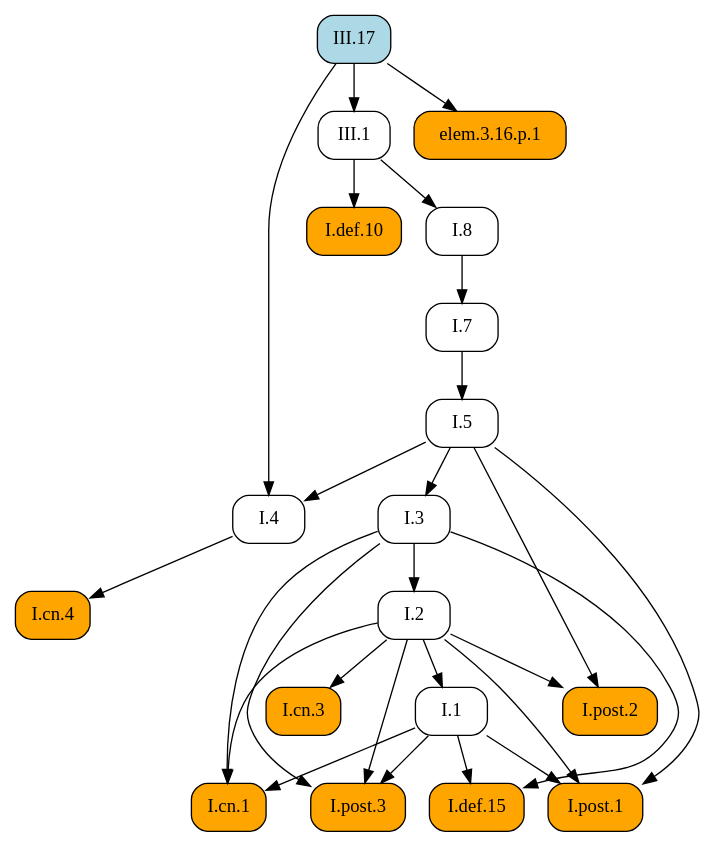
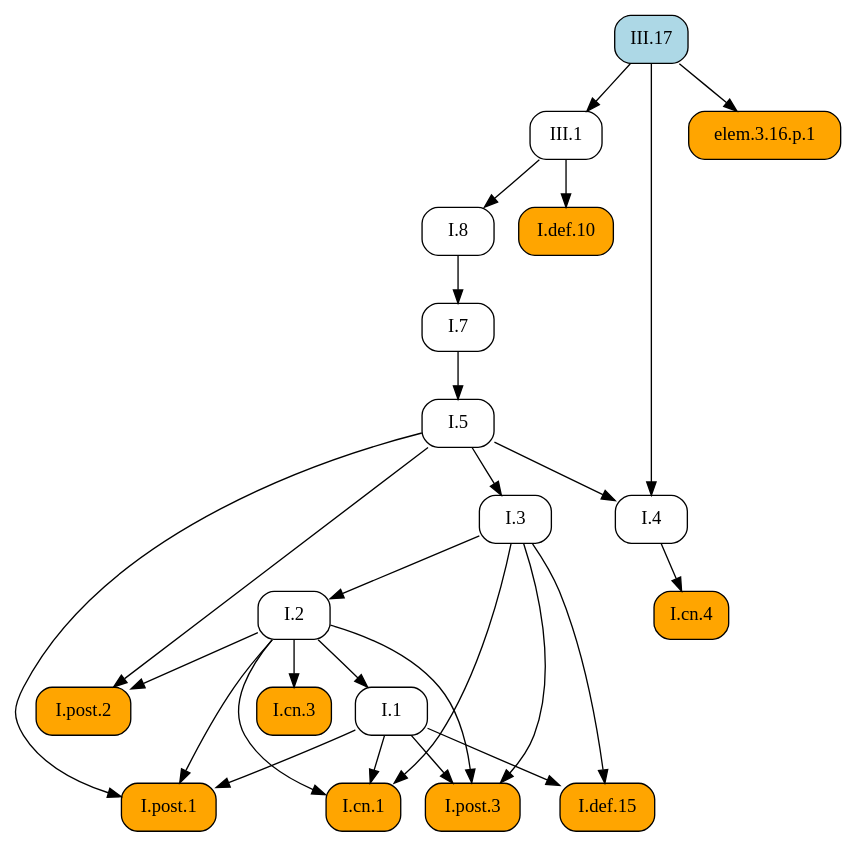
One commit to geometor/elements changed the diagram in docsrc/heath/III/17/index.rst. Above: the diagram before and after it, drawn with Graphviz. The commit also changed other lines of this file and 1029 other files, not shown here.

```diff
--- a/docsrc/heath/III/17/index.rst
+++ b/docsrc/heath/III/17/index.rst
@@ -63,50 +63,50 @@
 .. graphviz::
 
    digraph {
      rankdir="TB";
      node [shape=box, style=rounded];
+     "I.def.10" [style="rounded,filled", fillcolor=orange, URL="/heath/I/def.10/", target="_top"];
+     "I.1" [URL="/heath/I/1/", target="_top"];
+     "I.7" [URL="/heath/I/7/", target="_top"];
+     "I.3" [URL="/heath/I/3/", target="_top"];
+     "I.2" [URL="/heath/I/2/", target="_top"];
+     "I.4" [URL="/heath/I/4/", target="_top"];
+     "I.post.2" [style="rounded,filled", fillcolor=orange, URL="/heath/I/post.2/", target="_top"];
+     "I.def.15" [style="rounded,filled", fillcolor=orange, URL="/heath/I/def.15/", target="_top"];
+     "I.post.3" [style="rounded,filled", fillcolor=orange, URL="/heath/I/post.3/", target="_top"];
+     "I.cn.1" [style="rounded,filled", fillcolor=orange, URL="/heath/I/cn.1/", target="_top"];
      "I.cn.3" [style="rounded,filled", fillcolor=orange, URL="/heath/I/cn.3/", target="_top"];
+     "III.1" [URL="/heath/III/1/", target="_top"];
+     "III.17" [style="rounded,filled", fillcolor=lightblue, URL="/heath/III/17/", target="_top"];
+     "I.8" [URL="/heath/I/8/", target="_top"];
+     "I.cn.4" [style="rounded,filled", fillcolor=orange, URL="/heath/I/cn.4/", target="_top"];
+     "elem.3.16.p.1" [style="rounded,filled", fillcolor=orange];
+     "I.post.1" [style="rounded,filled", fillcolor=orange, URL="/heath/I/post.1/", target="_top"];
      "I.5" [URL="/heath/I/5/", target="_top"];
-     "I.7" [URL="/heath/I/7/", target="_top"];
-     "I.4" [URL="/heath/I/4/", target="_top"];
-     "I.3" [URL="/heath/I/3/", target="_top"];
-     "I.8" [URL="/heath/I/8/", target="_top"];
-     "I.def.10" [style="rounded,filled", fillcolor=orange, URL="/heath/I/def.10/", target="_top"];
-     "III.1" [URL="/heath/III/1/", target="_top"];
-     "I.post.2" [style="rounded,filled", fillcolor=orange, URL="/heath/I/post.2/", target="_top"];
-     "I.2" [URL="/heath/I/2/", target="_top"];
-     "I.def.15" [style="rounded,filled", fillcolor=orange, URL="/heath/I/def.15/", target="_top"];
-     "I.1" [URL="/heath/I/1/", target="_top"];
-     "I.post.3" [style="rounded,filled", fillcolor=orange, URL="/heath/I/post.3/", target="_top"];
-     "I.post.1" [style="rounded,filled", fillcolor=orange, URL="/heath/I/post.1/", target="_top"];
-     "III.17" [style="rounded,filled", fillcolor=lightblue, URL="/heath/III/17/", target="_top"];
-     "I.cn.4" [style="rounded,filled", fillcolor=orange, URL="/heath/I/cn.4/", target="_top"];
-     "I.cn.1" [style="rounded,filled", fillcolor=orange, URL="/heath/I/cn.1/", target="_top"];
-     "elem.3.16.p.1" [style="rounded,filled", fillcolor=orange];
-     "I.2" -> "I.cn.3";
-     "I.7" -> "I.5";
+     "III.1" -> "I.def.10";
+     "I.2" -> "I.1";
      "I.8" -> "I.7";
+     "I.5" -> "I.3";
+     "I.3" -> "I.2";
      "I.5" -> "I.4";
      "III.17" -> "I.4";
-     "I.5" -> "I.3";
-     "III.1" -> "I.8";
-     "III.1" -> "I.def.10";
-     "III.17" -> "III.1";
      "I.2" -> "I.post.2";
      "I.5" -> "I.post.2";
-     "I.3" -> "I.2";
      "I.1" -> "I.def.15";
      "I.3" -> "I.def.15";
-     "I.2" -> "I.1";
      "I.1" -> "I.post.3";
      "I.2" -> "I.post.3";
      "I.3" -> "I.post.3";
+     "I.1" -> "I.cn.1";
+     "I.2" -> "I.cn.1";
+     "I.3" -> "I.cn.1";
+     "I.2" -> "I.cn.3";
+     "III.17" -> "III.1";
+     "III.1" -> "I.8";
+     "I.4" -> "I.cn.4";
+     "III.17" -> "elem.3.16.p.1";
      "I.1" -> "I.post.1";
      "I.2" -> "I.post.1";
      "I.5" -> "I.post.1";
-     "I.4" -> "I.cn.4";
-     "I.1" -> "I.cn.1";
-     "I.2" -> "I.cn.1";
-     "I.3" -> "I.cn.1";
-     "III.17" -> "elem.3.16.p.1";
+     "I.7" -> "I.5";
    }
```
